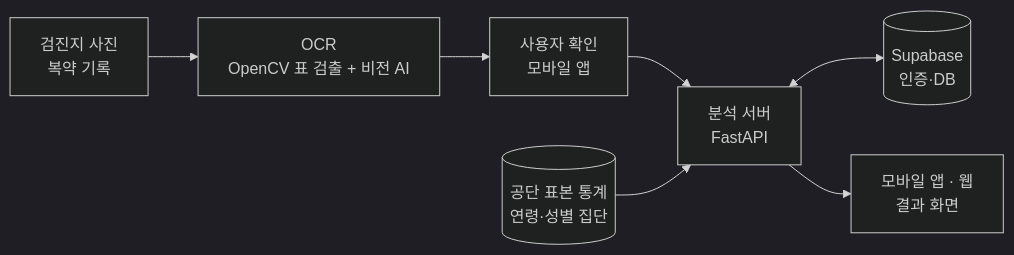
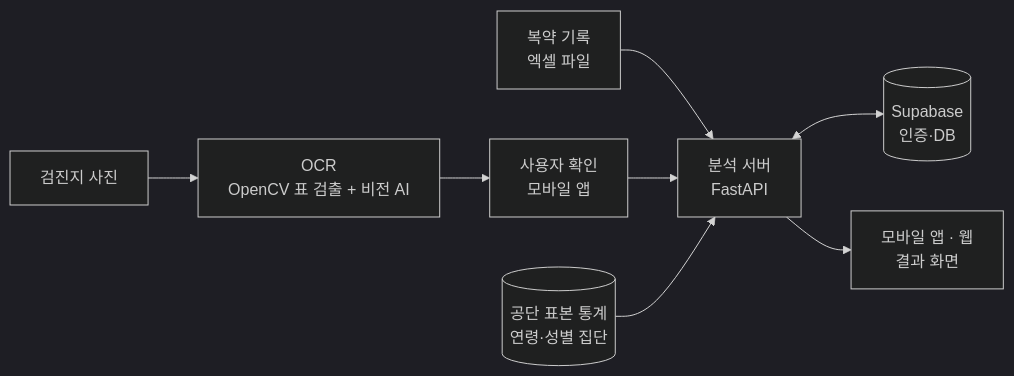
One commit to lumos0107/HealthAge changed the diagram in README.md. Above: the diagram before and after it, drawn with Mermaid (dark theme). The commit also changed other lines of this file and 5 other files, not shown here.

````diff
--- a/README.md
+++ b/README.md
@@ -138,9 +138,10 @@
 ```mermaid
 flowchart LR
-    A[검진지 사진<br>복약 기록] --> B[OCR<br>OpenCV 표 검출 + 비전 AI]
+    A[검진지 사진] --> B[OCR<br>OpenCV 표 검출 + 비전 AI]
+    M[복약 기록<br>엑셀 파일] --> D
     B --> C[사용자 확인<br>모바일 앱]
     C --> D[분석 서버<br>FastAPI]
     S[(공단 표본 통계<br>연령·성별 집단)] --> D
     D <--> E[(Supabase<br>인증·DB)]
     D --> F[모바일 앱 · 웹<br>결과 화면]
 ```
````
